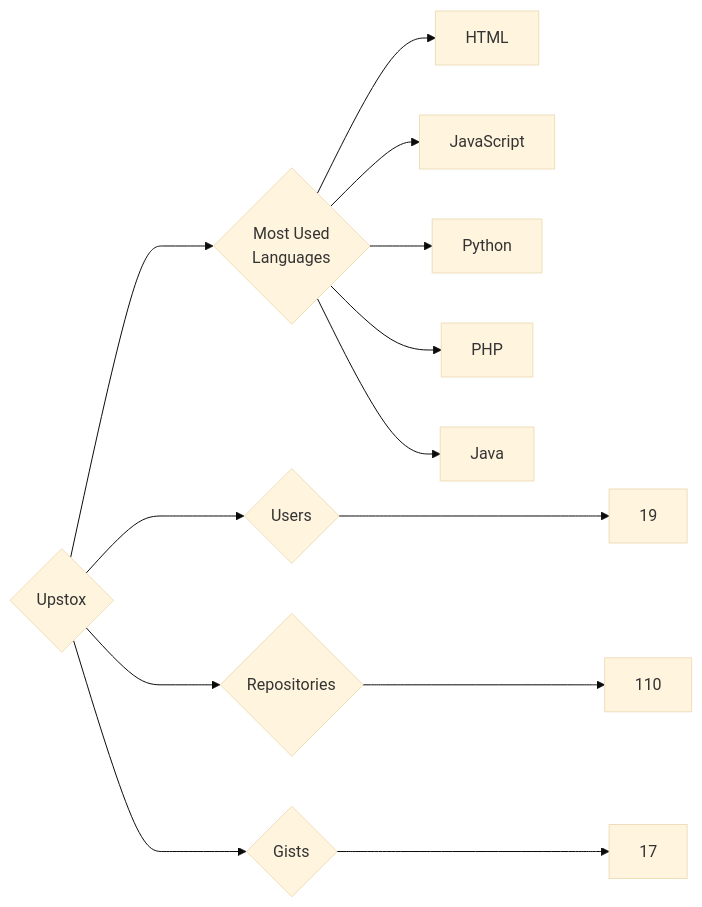
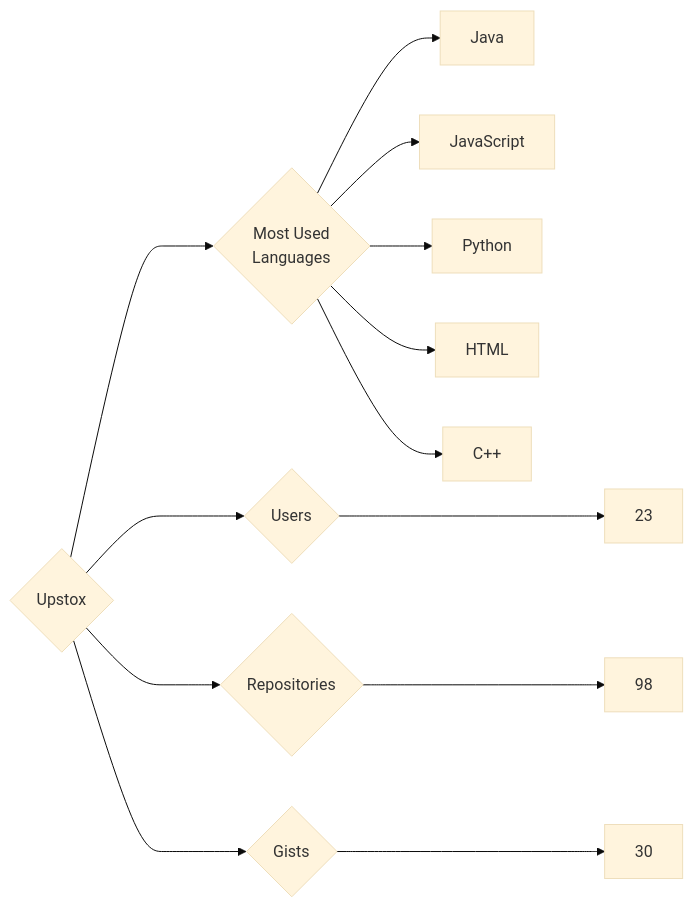
One commit to trickest/insiders changed the diagram in targets/Upstox/README.md. Above: the diagram before and after it, drawn with Mermaid (base theme). The commit also changed 870 other files, not shown here.

````diff
--- a/targets/Upstox/README.md
+++ b/targets/Upstox/README.md
@@ -3,13 +3,13 @@
 ```mermaid
 graph LR
 COMPANY_NAME{Upstox}
-COMPANY_NAME ---> U{Users} ---> UN[19]
-COMPANY_NAME ---> R{Repositories} ---> RN[110]
-COMPANY_NAME ---> G{Gists} ---> GN[17]
+COMPANY_NAME ---> U{Users} ---> UN[23]
+COMPANY_NAME ---> R{Repositories} ---> RN[98]
+COMPANY_NAME ---> G{Gists} ---> GN[30]
 COMPANY_NAME ---> ML{Most Used<br>Languages}
-ML --> HTML[HTML]
+ML --> Java[Java]
 ML --> JavaScript[JavaScript]
 ML --> Python[Python]
-ML --> PHP[PHP]
-ML --> Java[Java]
+ML --> HTML[HTML]
+ML --> C++[C++]
 ```
````
